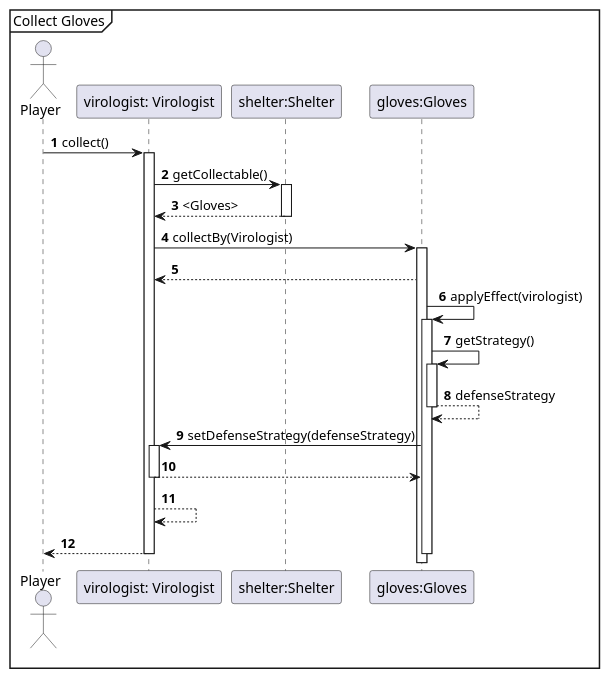
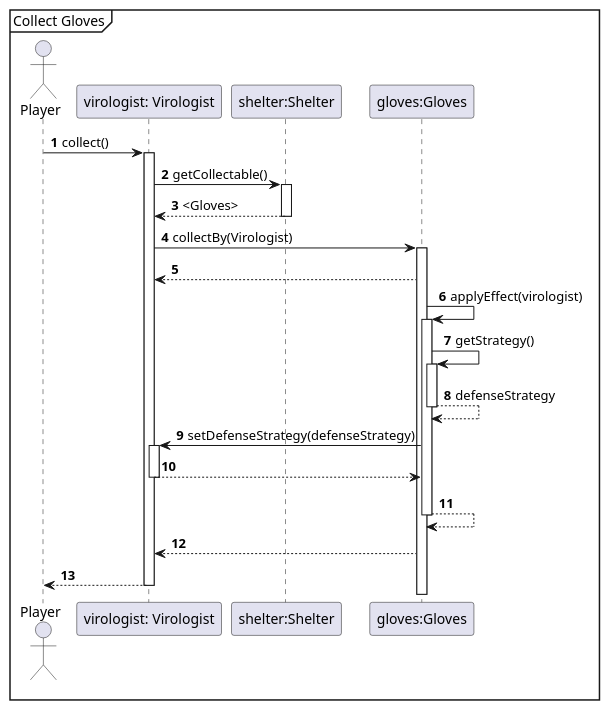
One commit to Projlab-csb/projlab-virologus changed the diagram in Exact Sequence-diagrams/CollectGloves.puml. Above: the diagram before and after it, drawn with PlantUML. The commit also changed 3 other files, not shown here.

Commit message:
Little changes in sequences

```diff
--- a/Exact Sequence-diagrams/CollectGloves.puml
+++ b/Exact Sequence-diagrams/CollectGloves.puml
@@ -1,41 +1,47 @@
 @startuml
 'https://plantuml.com/sequence-diagram
 
 autonumber
 
 mainframe Collect Gloves
 
 actor Player
 
 Player -> "virologist: Virologist": collect()
 Activate "virologist: Virologist"
 
 "virologist: Virologist" -> "shelter:Shelter": getCollectable()
 Activate "shelter:Shelter"
 "shelter:Shelter" --> "virologist: Virologist": <Gloves>
 Deactivate "shelter:Shelter"
 
 "virologist: Virologist" -> "gloves:Gloves": collectBy(Virologist)
 
 Activate "gloves:Gloves"
 "gloves:Gloves" --> "virologist: Virologist":
 
 
 "gloves:Gloves" -> "gloves:Gloves"++ : applyEffect(virologist)
 
  "gloves:Gloves" -> "gloves:Gloves"++ : getStrategy()
  "gloves:Gloves" --> "gloves:Gloves"-- : defenseStrategy
 
  "gloves:Gloves" -> "virologist: Virologist"++: setDefenseStrategy(defenseStrategy)
 "virologist: Virologist" --> "gloves:Gloves"--
 
-"virologist: Virologist" --> "virologist: Virologist"
+"gloves:Gloves" --> "gloves:Gloves"
+Deactivate "gloves:Gloves"
+"gloves:Gloves" --> "virologist: Virologist"
+
+
+
 
 "virologist: Virologist" --> Player
 
-Deactivate "gloves:Gloves"
 
 
 Deactivate "virologist: Virologist"
 
+
+
 @enduml
```
